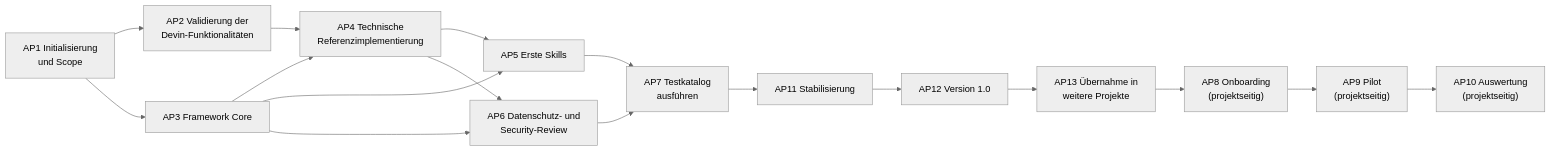
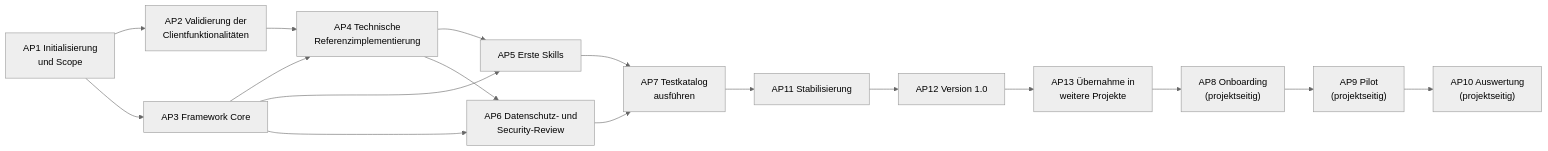
One commit to Renoxar/koolie changed the diagram in leitwerk-core/docs/ROADMAP.md. Above: the diagram before and after it, drawn with Mermaid (neutral theme). The commit also changed other lines of this file and 97 other files, not shown here.

````diff
--- a/leitwerk-core/docs/ROADMAP.md
+++ b/leitwerk-core/docs/ROADMAP.md
@@ -345,19 +380,19 @@
 ```mermaid
 flowchart LR
-    AP1["AP1 Initialisierung<br/>und Scope"] --> AP2["AP2 Validierung der<br/>Devin-Funktionalitäten"]
+    AP1["AP1 Initialisierung<br/>und Scope"] --> AP2["AP2 Validierung der<br/>Clientfunktionalitäten"]
     AP1 --> AP3["AP3 Framework Core"]
     AP2 --> AP4["AP4 Technische<br/>Referenzimplementierung"]
     AP3 --> AP4
     AP3 --> AP5["AP5 Erste Skills"]
     AP4 --> AP5
     AP3 --> AP6["AP6 Datenschutz- und<br/>Security-Review"]
     AP4 --> AP6
     AP5 --> AP7["AP7 Testkatalog<br/>ausführen"]
     AP6 --> AP7
     AP7 --> AP11["AP11 Stabilisierung"]
     AP11 --> AP12["AP12 Version 1.0"]
     AP12 --> AP13["AP13 Übernahme in<br/>weitere Projekte"]
     AP13 --> AP8["AP8 Onboarding<br/>(projektseitig)"]
     AP8 --> AP9["AP9 Pilot<br/>(projektseitig)"]
     AP9 --> AP10["AP10 Auswertung<br/>(projektseitig)"]
 ```
````
